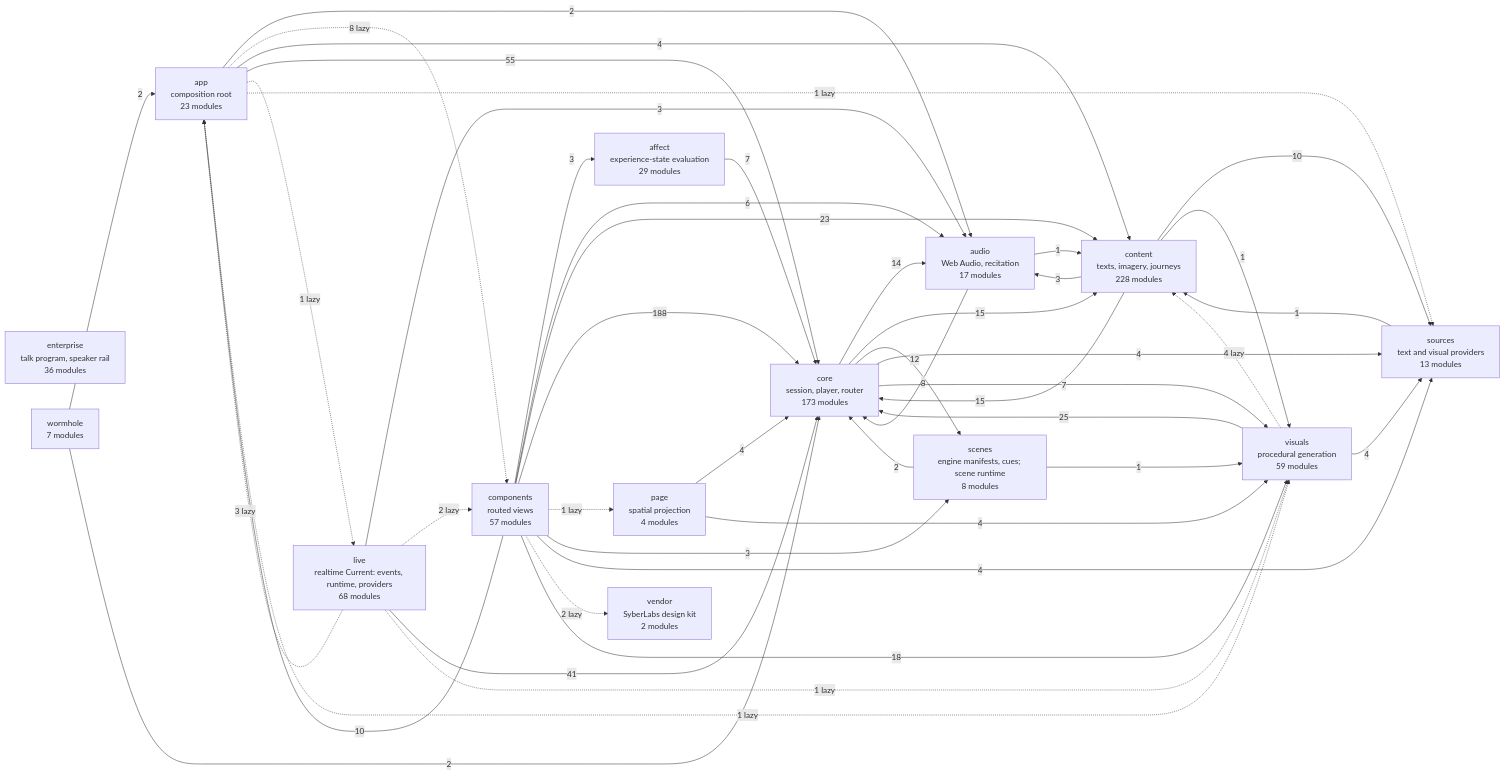
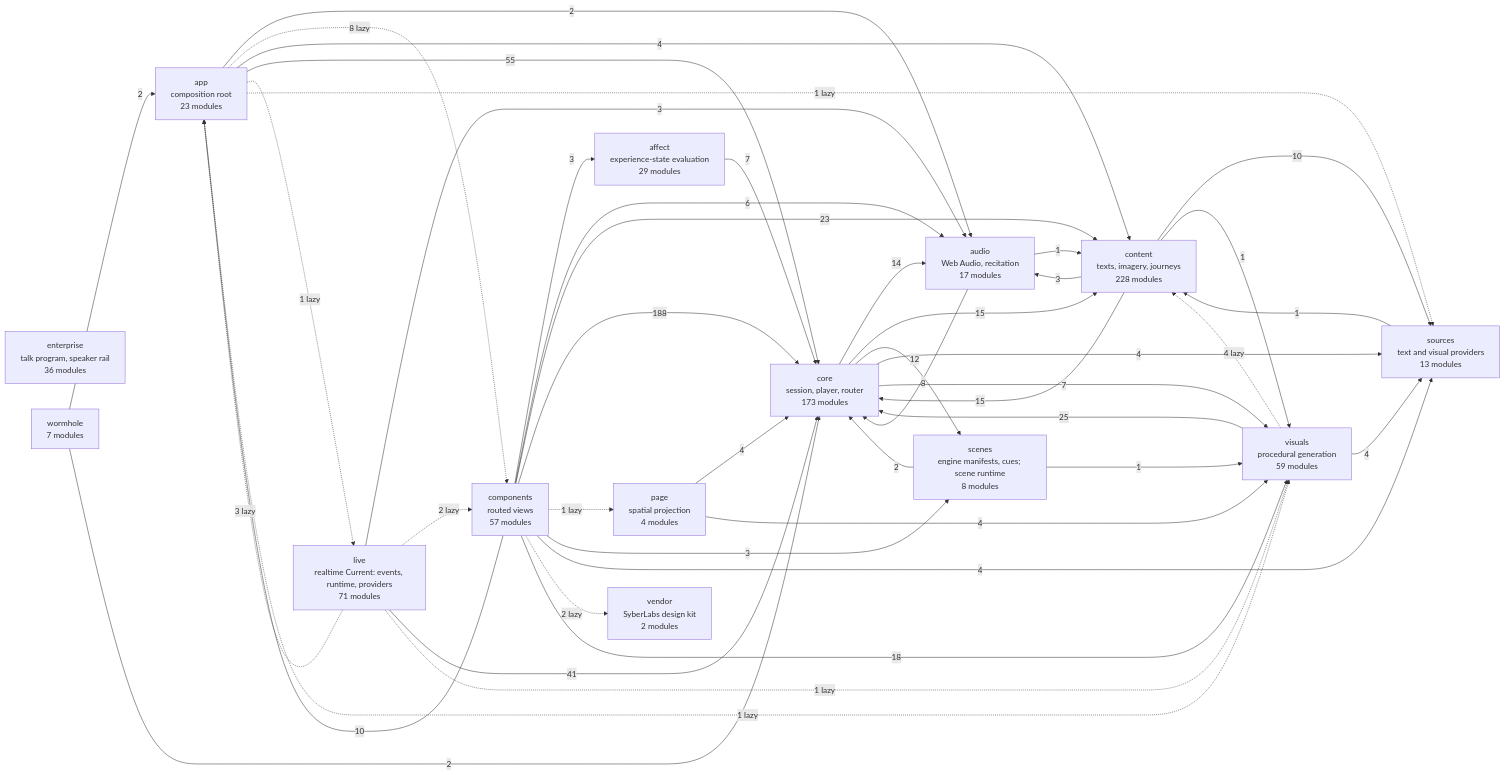
One commit to SyberLabs/RISE changed the diagram in docs/specs/ARCHITECTURE.md. Above: the diagram before and after it, drawn with Mermaid. The commit also changed 24 other files, not shown here.

````diff
--- a/docs/specs/ARCHITECTURE.md
+++ b/docs/specs/ARCHITECTURE.md
@@ -161,62 +161,62 @@
 ```mermaid
 flowchart LR
     affect["affect<br/>experience-state evaluation<br/>29 modules"]
     app["app<br/>composition root<br/>23 modules"]
     audio["audio<br/>Web Audio, recitation<br/>17 modules"]
     components["components<br/>routed views<br/>57 modules"]
     content["content<br/>texts, imagery, journeys<br/>228 modules"]
     core["core<br/>session, player, router<br/>173 modules"]
     enterprise["enterprise<br/>talk program, speaker rail<br/>36 modules"]
-    live["live<br/>realtime Current: events, runtime, providers<br/>68 modules"]
+    live["live<br/>realtime Current: events, runtime, providers<br/>71 modules"]
     page["page<br/>spatial projection<br/>4 modules"]
     scenes["scenes<br/>engine manifests, cues; scene runtime<br/>8 modules"]
     sources["sources<br/>text and visual providers<br/>13 modules"]
     vendor["vendor<br/>SyberLabs design kit<br/>2 modules"]
     visuals["visuals<br/>procedural generation<br/>59 modules"]
     wormhole["wormhole<br/>7 modules"]
 
     affect --> |7| core
     app --> |2| audio
     app -.-> |8 lazy| components
     app --> |4| content
     app --> |55| core
     app -.-> |1 lazy| live
     app -.-> |1 lazy| sources
     app -.-> |1 lazy| visuals
     audio --> |1| content
     audio --> |8| core
     components --> |3| affect
     components --> |10| app
     components --> |6| audio
     components --> |23| content
     components --> |188| core
     components -.-> |1 lazy| page
     components --> |3| scenes
     components --> |4| sources
     components -.-> |2 lazy| vendor
     components --> |18| visuals
     content --> |3| audio
     content --> |15| core
     content --> |10| sources
     content --> |1| visuals
     core --> |14| audio
     core --> |15| content
     core --> |12| scenes
     core --> |4| sources
     core --> |7| visuals
     live -.-> |3 lazy| app
     live --> |3| audio
     live -.-> |2 lazy| components
     live --> |41| core
     live -.-> |1 lazy| visuals
     page --> |4| core
     page --> |4| visuals
     scenes --> |2| core
     scenes --> |1| visuals
     sources --> |1| content
     visuals -.-> |4 lazy| content
     visuals --> |25| core
     visuals --> |4| sources
     wormhole --> |2| app
     wormhole --> |2| core
 ```
````
